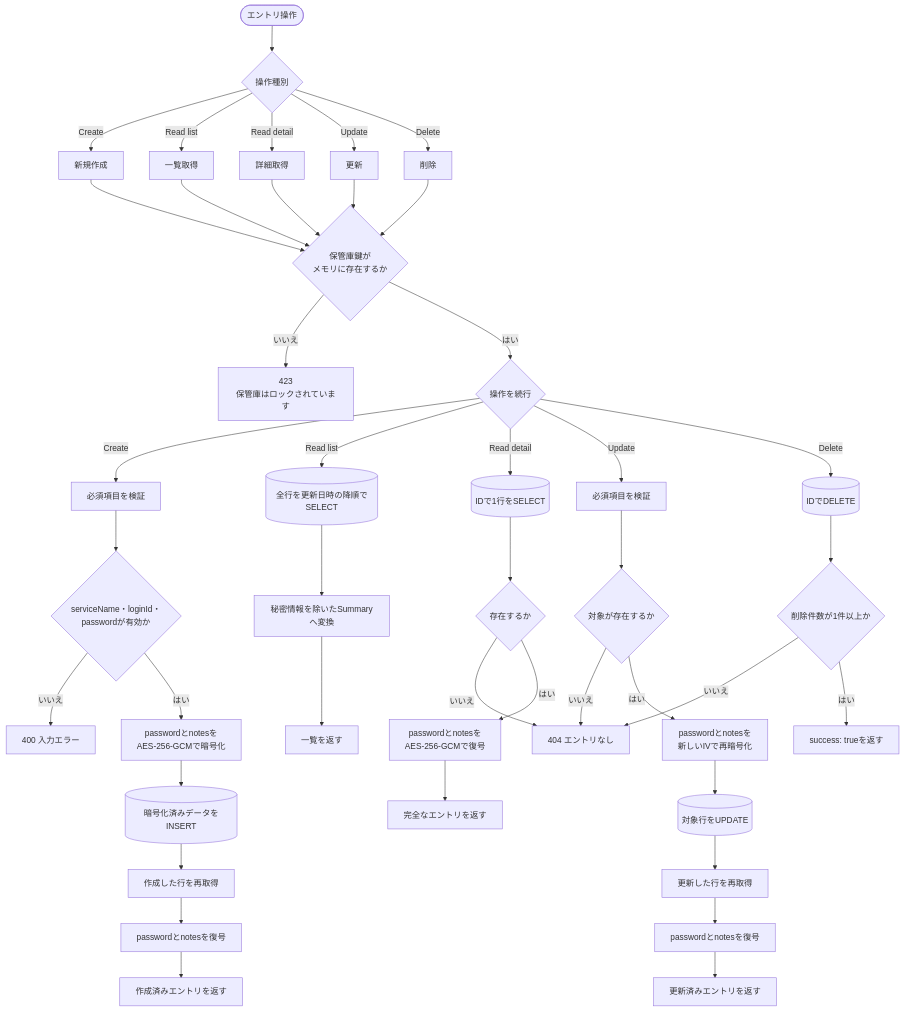
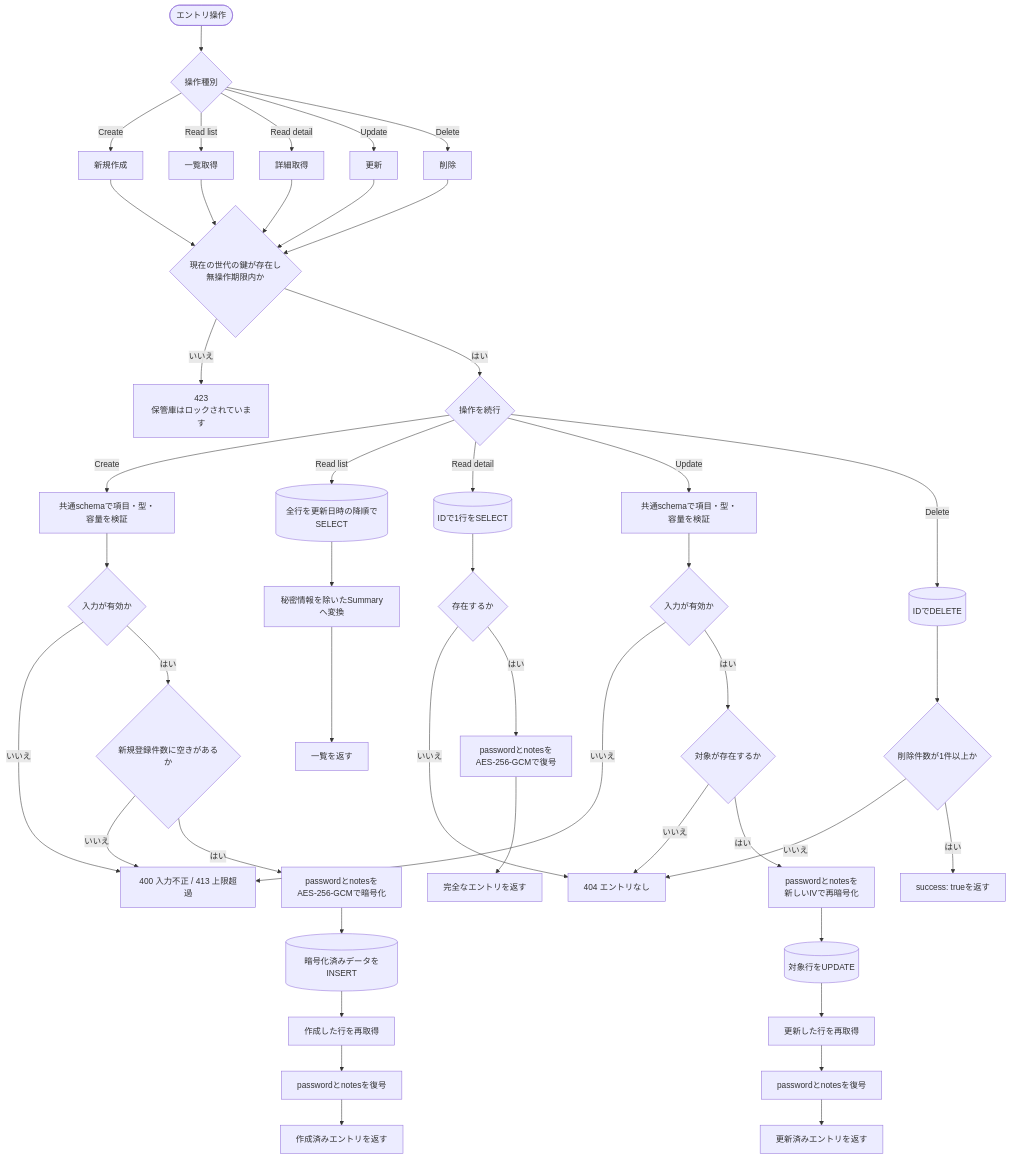
The first of 2 diagrams in docs/ワークフロー/03-エントリCRUDと暗号化.md (Termnix-IT/CIPHER-VAULT), drawn with Mermaid before and after one commit. The commit also changed other lines of this file and 52 other files, not shown here.

````diff
--- a/docs/ワークフロー/03-エントリCRUDと暗号化.md
+++ b/docs/ワークフロー/03-エントリCRUDと暗号化.md
@@ -5,52 +5,56 @@
 ```mermaid
 flowchart TD
     request([エントリ操作]) --> operation{操作種別}
     operation -->|Create| create[新規作成]
     operation -->|Read list| list[一覧取得]
     operation -->|Read detail| detail[詳細取得]
     operation -->|Update| update[更新]
     operation -->|Delete| remove[削除]
 
     create --> lockCheck
     list --> lockCheck
     detail --> lockCheck
     update --> lockCheck
     remove --> lockCheck
 
-    lockCheck{保管庫鍵が<br/>メモリに存在するか}
+    lockCheck{現在の世代の鍵が存在し<br/>無操作期限内か}
     lockCheck -- いいえ --> locked[423<br/>保管庫はロックされています]
     lockCheck -- はい --> dispatch{操作を続行}
 
-    dispatch -->|Create| validateCreate[必須項目を検証]
-    validateCreate --> validCreate{serviceName・loginId・<br/>passwordが有効か}
-    validCreate -- いいえ --> badRequest[400 入力エラー]
-    validCreate -- はい --> encryptCreate[passwordとnotesを<br/>AES-256-GCMで暗号化]
+    dispatch -->|Create| validateCreate[共通schemaで項目・型・容量を検証]
+    validateCreate --> validCreate{入力が有効か}
+    validCreate -- いいえ --> badRequest[400 入力不正 / 413 上限超過]
+    validCreate -- はい --> capacity{新規登録件数に空きがあるか}
+    capacity -- いいえ --> badRequest
+    capacity -- はい --> encryptCreate[passwordとnotesを<br/>AES-256-GCMで暗号化]
     encryptCreate --> insert[(暗号化済みデータをINSERT)]
     insert --> readCreated[作成した行を再取得]
     readCreated --> decryptCreated[passwordとnotesを復号]
     decryptCreated --> createdResponse[作成済みエントリを返す]
 
     dispatch -->|Read list| selectList[(全行を更新日時の降順でSELECT)]
     selectList --> summaries[秘密情報を除いたSummaryへ変換]
     summaries --> listResponse[一覧を返す]
 
     dispatch -->|Read detail| selectDetail[(IDで1行をSELECT)]
     selectDetail --> foundDetail{存在するか}
     foundDetail -- いいえ --> notFound[404 エントリなし]
     foundDetail -- はい --> decryptDetail[passwordとnotesを<br/>AES-256-GCMで復号]
     decryptDetail --> detailResponse[完全なエントリを返す]
 
-    dispatch -->|Update| validateUpdate[必須項目を検証]
-    validateUpdate --> existsUpdate{対象が存在するか}
+    dispatch -->|Update| validateUpdate[共通schemaで項目・型・容量を検証]
+    validateUpdate --> validUpdate{入力が有効か}
+    validUpdate -- いいえ --> badRequest
+    validUpdate -- はい --> existsUpdate{対象が存在するか}
     existsUpdate -- いいえ --> notFound
     existsUpdate -- はい --> encryptUpdate[passwordとnotesを<br/>新しいIVで再暗号化]
     encryptUpdate --> updateRow[(対象行をUPDATE)]
     updateRow --> readUpdated[更新した行を再取得]
     readUpdated --> decryptUpdated[passwordとnotesを復号]
     decryptUpdated --> updatedResponse[更新済みエントリを返す]
 
     dispatch -->|Delete| deleteRow[(IDでDELETE)]
     deleteRow --> deleted{削除件数が1件以上か}
     deleted -- いいえ --> notFound
     deleted -- はい --> deleteResponse[success: trueを返す]
 ```
````
